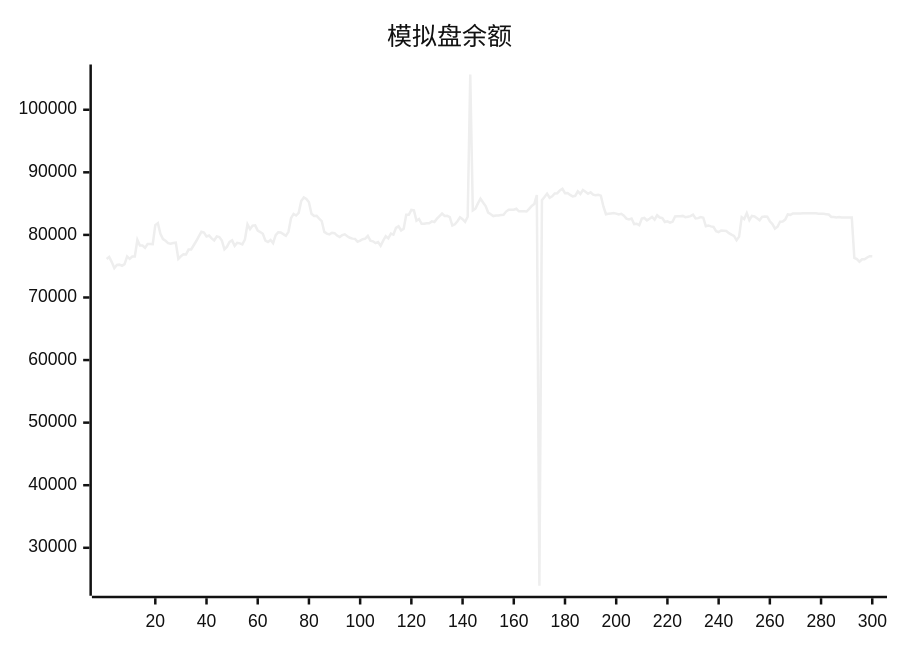
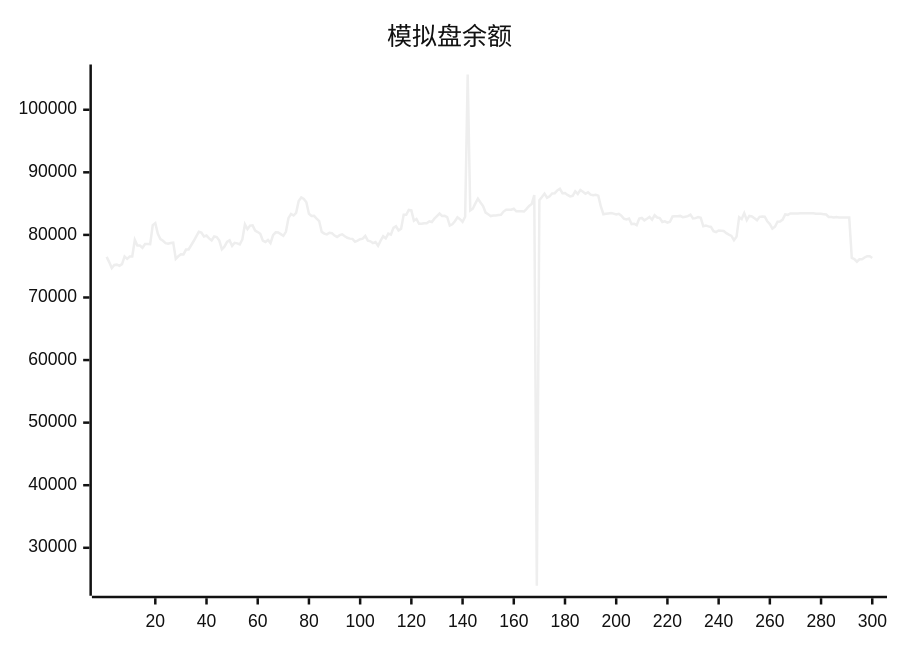
One commit to aahl/ai-trading changed the diagram in README.md. Above: the diagram before and after it, drawn with Mermaid (neutral theme). The commit also changed other lines of this file and 1 other file, not shown here.

````diff
--- a/README.md
+++ b/README.md
@@ -5,5 +5,5 @@
 ```mermaid
 xychart
     title "模拟盘余额"
-    line [76159,76485,75656,74695,75197,75246,75052,75334,76564,76179,76553,76551,79196,78300,78300,77944,78531,78531,78521,81564,81884,80160,79335,79055,78675,78580,78708,78764,76179,76586,76902,76876,77658,77669,78346,79023,79769,80497,80366,79761,79896,79448,79126,79749,79658,79097,77695,78114,78888,79126,78249,78738,78653,78478,79271,81680,80923,81488,81527,80681,80455,80190,79084,78879,79193,78686,79954,80403,80374,80118,79848,80491,82665,83351,83098,83525,85430,85983,85737,85221,83378,83014,83043,82613,82216,80477,80208,80081,80348,80277,79894,79670,79965,80093,79786,79542,79406,79371,78893,79087,79304,79406,79841,79072,78978,78696,78846,78272,79085,79787,79442,80198,80031,81120,81379,80718,80985,83214,83212,83993,83921,82270,82547,81776,81776,81866,81866,82158,82061,82596,83000,83408,83041,83050,82858,81503,81691,82188,82812,82517,82092,82901,105633,83898,84180,85030,85781,85178,84604,83569,83298,83008,83093,83107,83175,83228,83729,84025,84017,84019,84177,83775,83762,83785,83738,84160,84639,84939,86370,23934,85548,86046,86599,85942,86161,86622,86664,87115,87369,86666,86685,86384,86152,86243,86969,86548,87164,86885,86566,86809,86427,86348,86417,86273,84538,83299,83369,83430,83490,83404,83270,83362,83056,82605,82459,82614,81734,81788,81551,82598,82702,82320,82580,82878,82426,83139,82778,82686,82056,82166,81963,82110,82951,82983,82984,83038,82838,82915,82998,83235,82642,82682,82858,82746,81396,81512,81362,81277,80600,80461,80699,80673,80616,80288,80038,79836,79142,79722,82837,82533,83480,82366,83032,82960,82654,82330,82883,82934,82901,82188,81728,81005,81298,82110,82135,82449,83264,83203,83440,83439,83440,83440,83446,83447,83448,83447,83448,83449,83369,83369,83369,83313,83256,82872,82873,82801,82844,82785,82791,82791,82793,82794,76339,76145,75714,76110,76096,76397,76594,76585]
+    line [76485,75656,74695,75197,75246,75052,75334,76564,76179,76553,76551,79196,78300,78300,77944,78531,78531,78521,81564,81884,80160,79335,79055,78675,78580,78708,78764,76179,76586,76902,76876,77658,77669,78346,79023,79769,80497,80366,79761,79896,79448,79126,79749,79658,79097,77695,78114,78888,79126,78249,78738,78653,78478,79271,81680,80923,81488,81527,80681,80455,80190,79084,78879,79193,78686,79954,80403,80374,80118,79848,80491,82665,83351,83098,83525,85430,85983,85737,85221,83378,83014,83043,82613,82216,80477,80208,80081,80348,80277,79894,79670,79965,80093,79786,79542,79406,79371,78893,79087,79304,79406,79841,79072,78978,78696,78846,78272,79085,79787,79442,80198,80031,81120,81379,80718,80985,83214,83212,83993,83921,82270,82547,81776,81776,81866,81866,82158,82061,82596,83000,83408,83041,83050,82858,81503,81691,82188,82812,82517,82092,82901,105633,83898,84180,85030,85781,85178,84604,83569,83298,83008,83093,83107,83175,83228,83729,84025,84017,84019,84177,83775,83762,83785,83738,84160,84639,84939,86370,23934,85548,86046,86599,85942,86161,86622,86664,87115,87369,86666,86685,86384,86152,86243,86969,86548,87164,86885,86566,86809,86427,86348,86417,86273,84538,83299,83369,83430,83490,83404,83270,83362,83056,82605,82459,82614,81734,81788,81551,82598,82702,82320,82580,82878,82426,83139,82778,82686,82056,82166,81963,82110,82951,82983,82984,83038,82838,82915,82998,83235,82642,82682,82858,82746,81396,81512,81362,81277,80600,80461,80699,80673,80616,80288,80038,79836,79142,79722,82837,82533,83480,82366,83032,82960,82654,82330,82883,82934,82901,82188,81728,81005,81298,82110,82135,82449,83264,83203,83440,83439,83440,83440,83446,83447,83448,83447,83448,83449,83369,83369,83369,83313,83256,82872,82873,82801,82844,82785,82791,82791,82793,82794,76339,76145,75714,76110,76096,76397,76594,76585,76310]
 ```
````
